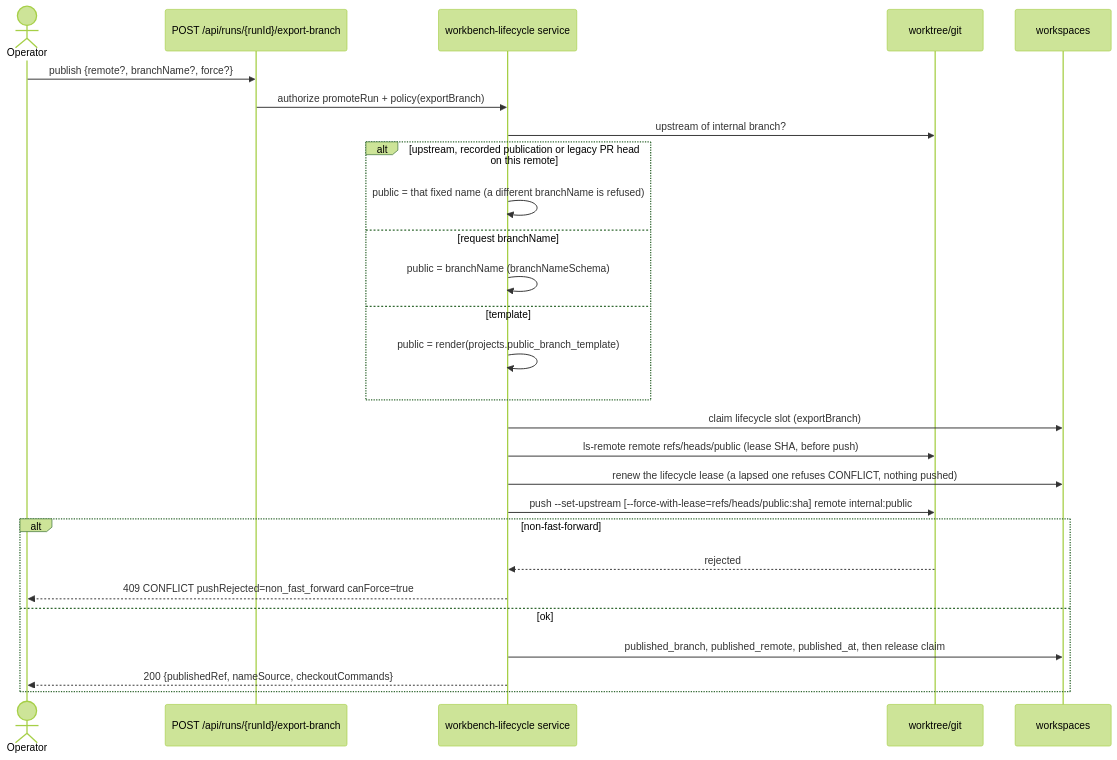
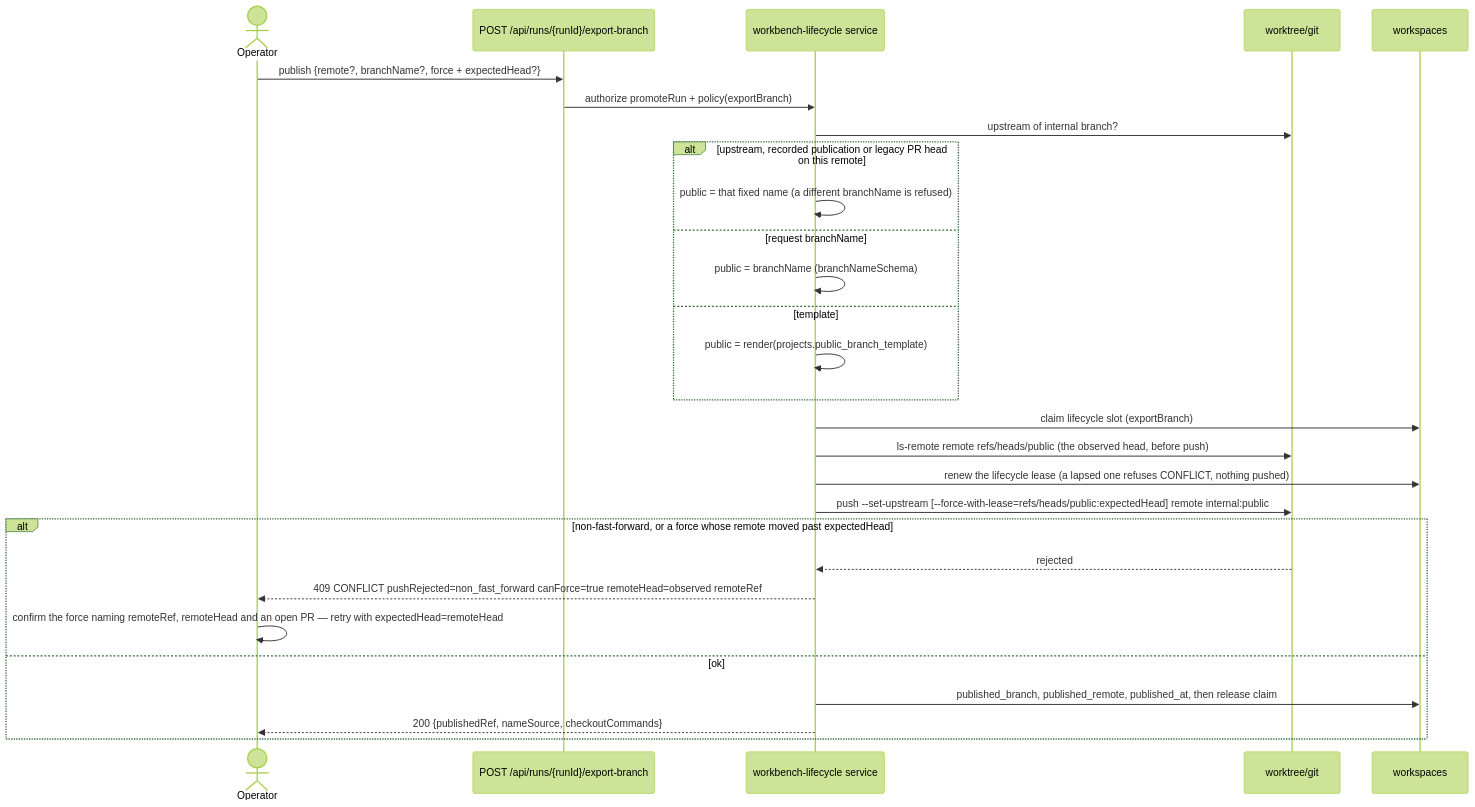
Before and after one commit to maister-dev/maister: the third of 6 diagrams in docs/system-analytics/workbench-git.md, drawn with Mermaid (forest theme). The commit also changed other lines of this file and 19 other files, not shown here.

First line of the commit message:
fix(workbench-git): a force publish replaces only the head the operator confirmed

````diff
--- a/docs/system-analytics/workbench-git.md
+++ b/docs/system-analytics/workbench-git.md
@@ -137,29 +137,30 @@
 ```mermaid
 sequenceDiagram
     actor Op as Operator
     participant Route as POST /api/runs/{runId}/export-branch
     participant Svc as workbench-lifecycle service
     participant Git as worktree/git
     participant DB as workspaces
-    Op->>Route: publish {remote?, branchName?, force?}
+    Op->>Route: publish {remote?, branchName?, force + expectedHead?}
     Route->>Svc: authorize promoteRun + policy(exportBranch)
     Svc->>Git: upstream of internal branch?
     alt upstream, recorded publication or legacy PR head on this remote
         Svc->>Svc: public = that fixed name (a different branchName is refused)
     else request branchName
         Svc->>Svc: public = branchName (branchNameSchema)
     else template
         Svc->>Svc: public = render(projects.public_branch_template)
     end
     Svc->>DB: claim lifecycle slot (exportBranch)
-    Svc->>Git: ls-remote remote refs/heads/public (lease SHA, before push)
+    Svc->>Git: ls-remote remote refs/heads/public (the observed head, before push)
     Svc->>DB: renew the lifecycle lease (a lapsed one refuses CONFLICT, nothing pushed)
-    Svc->>Git: push --set-upstream [--force-with-lease=refs/heads/public:sha] remote internal:public
-    alt non-fast-forward
+    Svc->>Git: push --set-upstream [--force-with-lease=refs/heads/public:expectedHead] remote internal:public
+    alt non-fast-forward, or a force whose remote moved past expectedHead
         Git-->>Svc: rejected
-        Svc-->>Op: 409 CONFLICT pushRejected=non_fast_forward canForce=true
+        Svc-->>Op: 409 CONFLICT pushRejected=non_fast_forward canForce=true remoteHead=observed remoteRef
+        Op->>Op: confirm the force naming remoteRef, remoteHead and an open PR — retry with expectedHead=remoteHead
     else ok
         Svc->>DB: published_branch, published_remote, published_at, then release claim
         Svc-->>Op: 200 {publishedRef, nameSource, checkoutCommands}
     end
 ```
````
